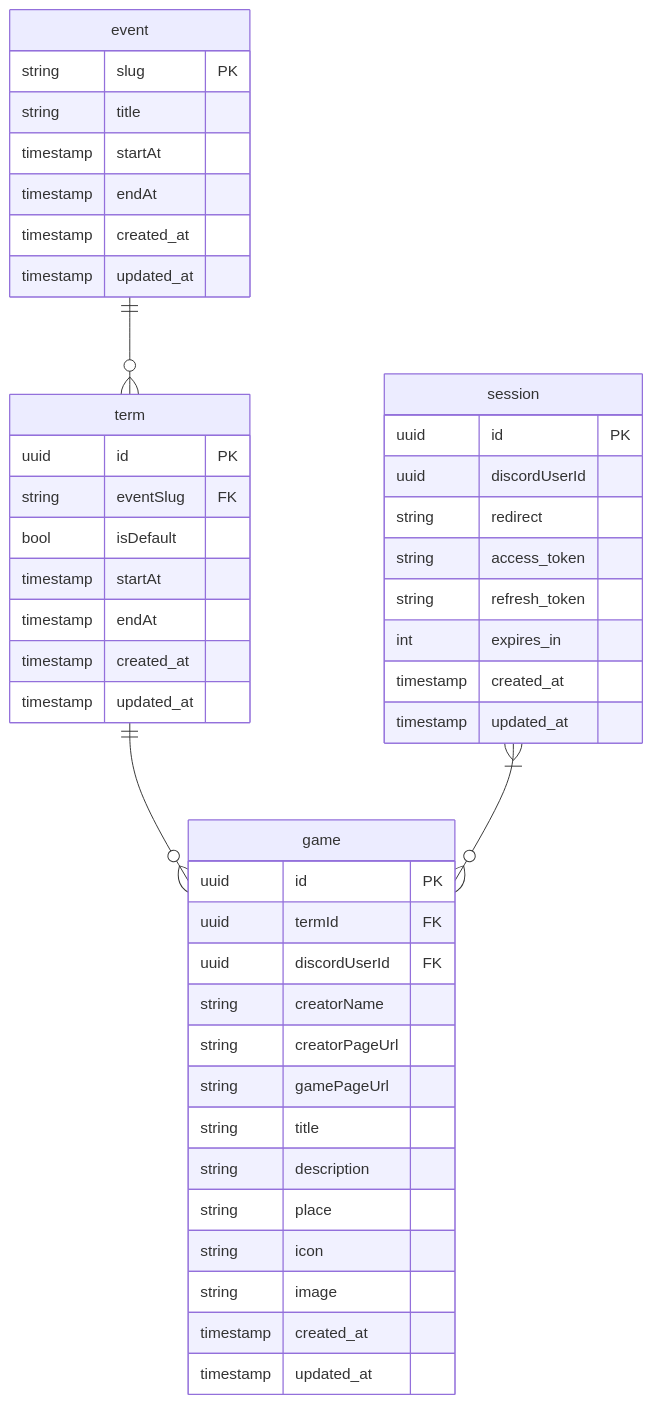
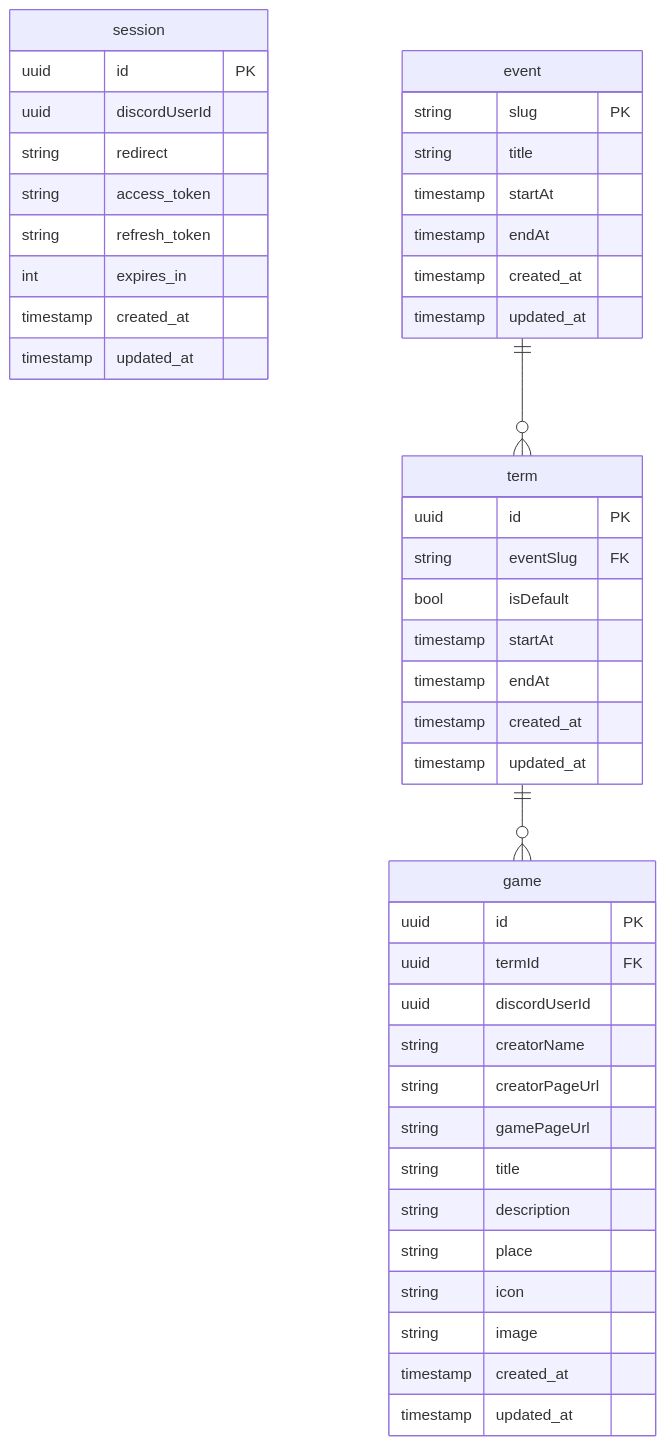
The diagram in docs/db_schema.mmd (traPtitech/game3-back), drawn with Mermaid before and after one commit.

Commit message:
:memo: DB定義のdiscordUserIdからFKを削除

```diff
--- a/docs/db_schema.mmd
+++ b/docs/db_schema.mmd
@@ -1,50 +1,49 @@
 erDiagram
     session {
         uuid id PK
         uuid discordUserId
         string redirect
         string access_token
         string refresh_token
         int expires_in
         timestamp created_at
         timestamp updated_at
     }
 
     event {
         string slug PK
         string title
         timestamp startAt
         timestamp endAt
         timestamp created_at
         timestamp updated_at
     }
 
     term {
         uuid id PK
         string eventSlug FK
         bool isDefault
         timestamp startAt
         timestamp endAt
         timestamp created_at
         timestamp updated_at
     }
 
     game {
         uuid id PK
         uuid termId FK
-        uuid discordUserId FK
+        uuid discordUserId
         string creatorName
         string creatorPageUrl
         string gamePageUrl
         string title
         string description
         string place
         string icon
         string image
         timestamp created_at
         timestamp updated_at
     }
 
     event ||--o{ term : ""
     term ||--o{ game : ""
-    session }|--o{ game : ""
```
